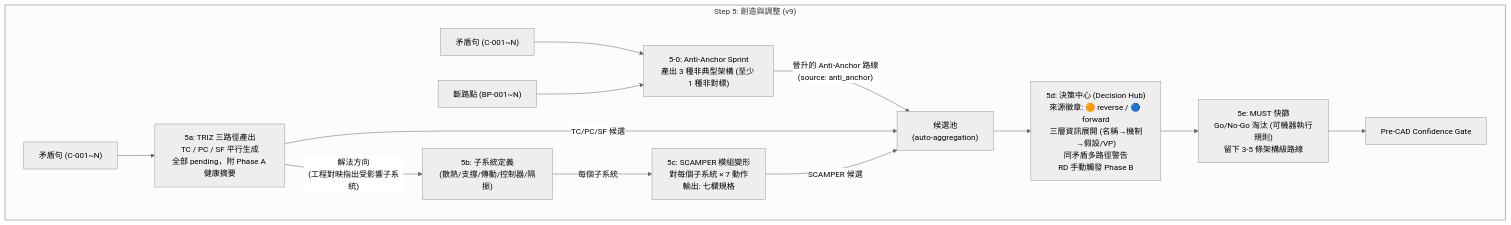
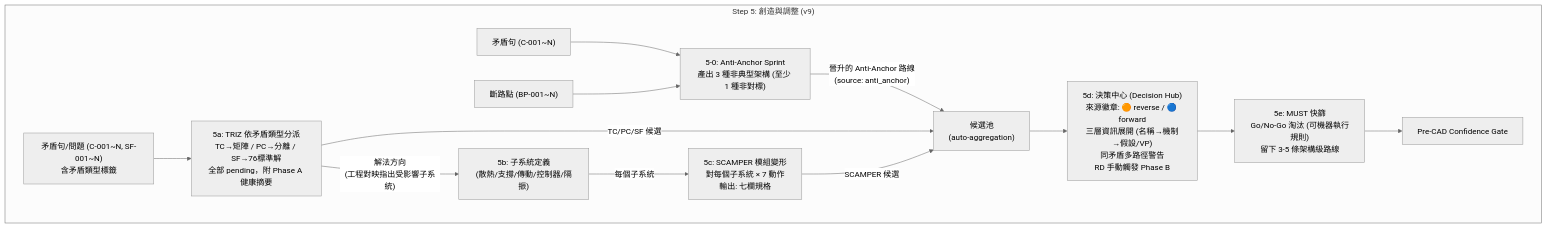
One commit to JIA-HONG-CHU/design-copilot-blueprint changed the fourth of 4 diagrams in docs/e2e/RD_Design_Copilot_整合流程.md. Above: the diagram before and after it, drawn with Mermaid (neutral theme). The commit also changed other lines of this file and 21 other files, not shown here.

````diff
--- a/docs/e2e/RD_Design_Copilot_整合流程.md
+++ b/docs/e2e/RD_Design_Copilot_整合流程.md
@@ -518,23 +612,23 @@
 ```mermaid
 graph TD
     subgraph Step5 ["Step 5: 創造與調整 (v9)"]
         InputC["矛盾句 (C-001~N)"] --> S5_0["5-0: Anti-Anchor Sprint<br>產出 3 種非典型架構 (至少 1 種非對標)"]
         InputBP["斷路點 (BP-001~N)"] --> S5_0
 
         %% ── Reverse track (amber) ──
         S5_0 --"晉升的 Anti-Anchor 路線<br>(source: anti_anchor)"--> Pool["候選池<br>(auto-aggregation)"]
 
         %% ── Forward track (blue) ──
-        InputC2["矛盾句 (C-001~N)"] --> S5a["5a: TRIZ 三路徑產出<br>TC / PC / SF 平行生成<br>全部 pending，附 Phase A 健康摘要"]
+        InputC2["矛盾句/問題 (C-001~N, SF-001~N)<br>含矛盾類型標籤"] --> S5a["5a: TRIZ 依矛盾類型分派<br>TC→矩陣 / PC→分離 / SF→76標準解<br>全部 pending，附 Phase A 健康摘要"]
         S5a --"解法方向<br>(工程對映指出受影響子系統)"--> S5b["5b: 子系統定義<br>(散熱/支撐/傳動/控制器/隔振)"]
         S5b --"每個子系統"--> S5c["5c: SCAMPER 模組變形<br>對每個子系統 × 7 動作<br>輸出: 七欄規格"]
         S5a --"TC/PC/SF 候選"--> Pool
         S5c --"SCAMPER 候選"--> Pool
 
         %% ── Decision Hub (convergence) ──
         Pool --> S5d["5d: 決策中心 (Decision Hub)<br>來源徽章: 🟠 reverse / 🔵 forward<br>三層資訊展開 (名稱→機制→假設/VP)<br>同矛盾多路徑警告<br>RD 手動觸發 Phase B"]
 
         S5d --> S5e["5e: MUST 快篩<br>Go/No-Go 淘汰 (可機器執行規則)<br>留下 3-5 條架構級路線"]
         S5e --> PreCAD["Pre-CAD Confidence Gate"]
     end
 ```
````
